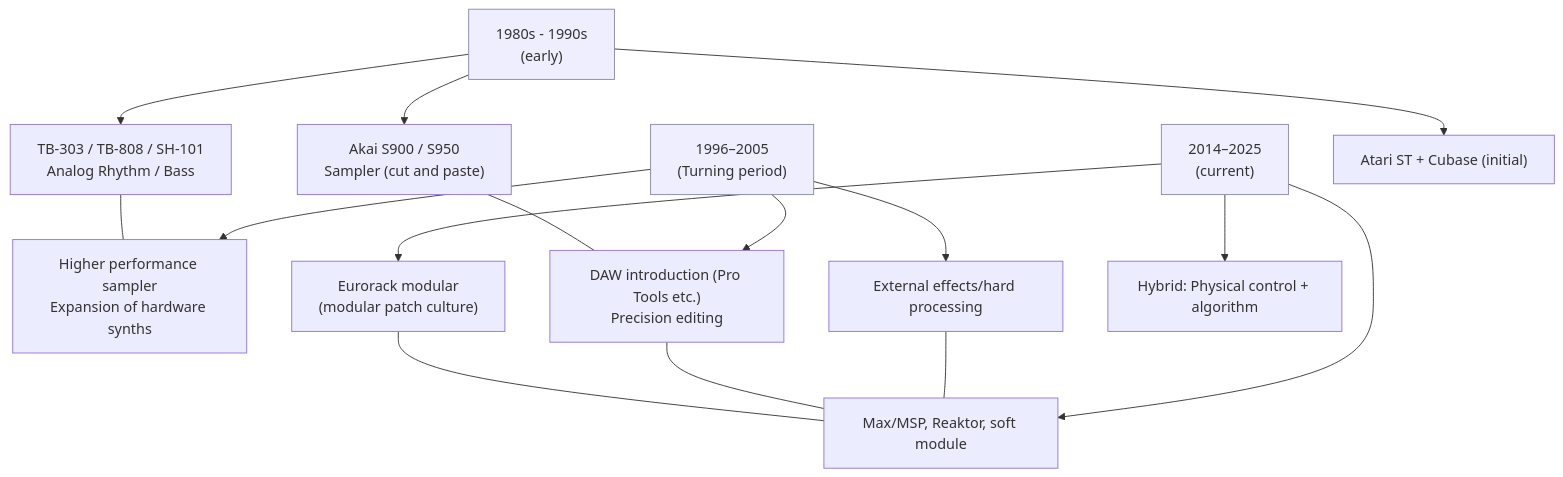
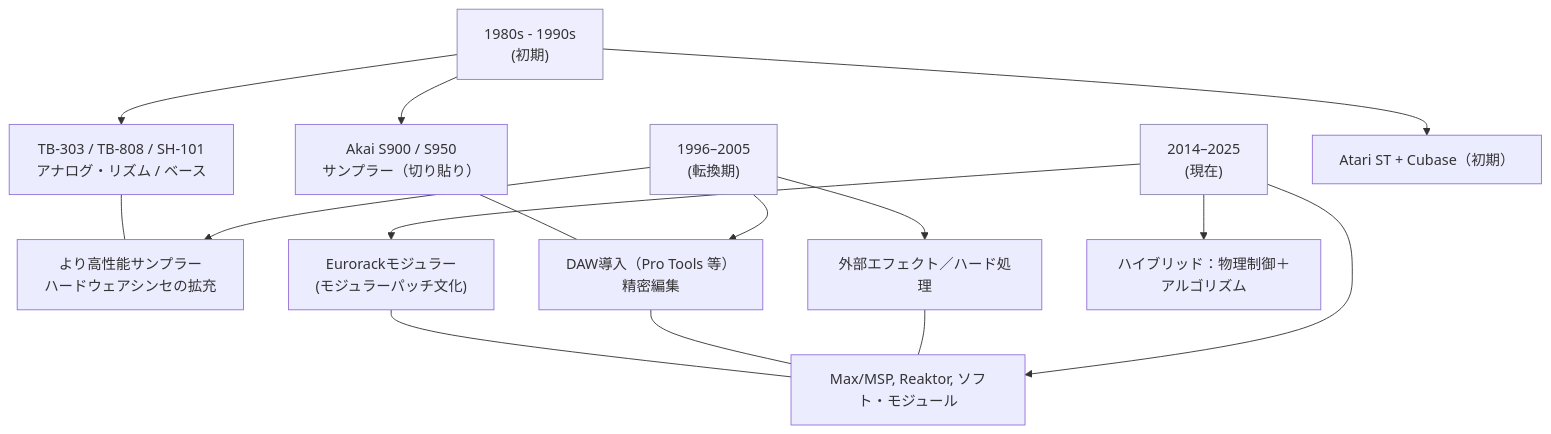
One commit to monumental-movement/monumental-movement.github.io changed the third of 7 diagrams in en/_posts/2025-10-24-column-aphex_twin_evolution.md. Above: the diagram before and after it, drawn with Mermaid. The commit also changed other lines of this file and 1724 other files, not shown here.

```diff
--- a/en/_posts/2025-10-24-column-aphex_twin_evolution.md
+++ b/en/_posts/2025-10-24-column-aphex_twin_evolution.md
@@ -274,34 +272,34 @@
 <div class="mermaid">
 
 flowchart TD
 
 
-A["1980s - 1990s<br>(early)"]
-B["1996–2005<br>(Turning period)"]
-C["2014–2025<br>(current)"]
+  A["1980s - 1990s<br>(初期)"]
+  B["1996–2005<br>(転換期)"]
+  C["2014–2025<br>(現在)"]
 
-A --> A1["TB-303 / TB-808 / SH-101<br>Analog Rhythm / Bass"]
-A --> A2["Akai S900 / S950<br>Sampler (cut and paste)"]
-A --> A3["Atari ST + Cubase (initial)"]
+  A --> A1["TB-303 / TB-808 / SH-101<br>アナログ・リズム / ベース"]
+  A --> A2["Akai S900 / S950<br>サンプラー（切り貼り）"]
+  A --> A3["Atari ST + Cubase（初期）"]
 
-B --> B1["Higher performance sampler<br>Expansion of hardware synths"]
-B --> B2["DAW introduction (Pro Tools etc.)<br>Precision editing"]
-B --> B3["External effects/hard processing"]
+  B --> B1["より高性能サンプラー<br>ハードウェアシンセの拡充"]
+  B --> B2["DAW導入（Pro Tools 等）<br>精密編集"]
+  B --> B3["外部エフェクト／ハード処理"]
 
-C --> C1["Eurorack modular<br>(modular patch culture)"]
-C --> C2["Max/MSP, Reaktor, soft module"]
-C --> C3["Hybrid: Physical control + algorithm"]
+  C --> C1["Eurorackモジュラー<br>(モジュラーパッチ文化)"]
+  C --> C2["Max/MSP, Reaktor, ソフト・モジュール"]
+  C --> C3["ハイブリッド：物理制御＋アルゴリズム"]
 
 
-A1 --- B1
-A2 --- B2
-B3 --- C2
-B2 --- C2
-C1 --- C2
+  A1 --- B1
+  A2 --- B2
+  B3 --- C2
+  B2 --- C2
+  C1 --- C2
 
 
-classDef era fill:#eef,stroke:#88a,stroke-width:1px;
-class A,B,C era;
+  classDef era fill:#eef,stroke:#88a,stroke-width:1px;
+  class A,B,C era;
 
 
 </div>
```
